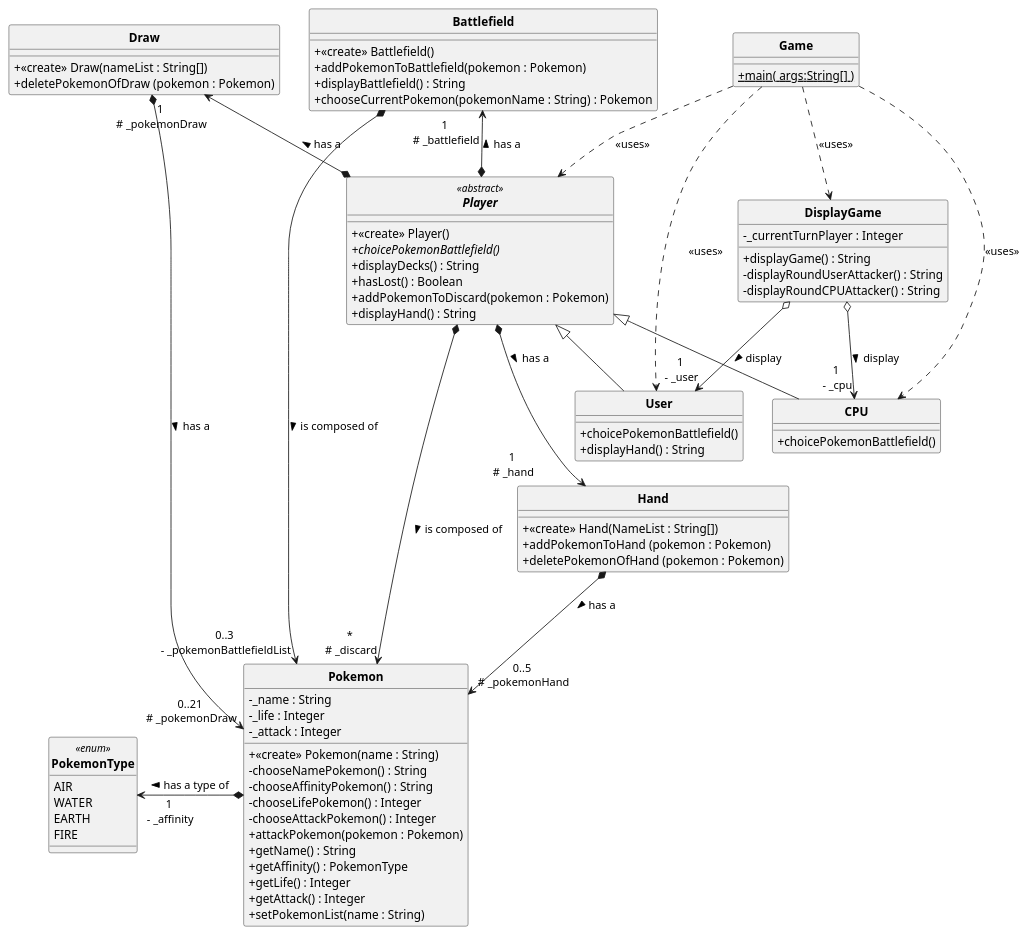
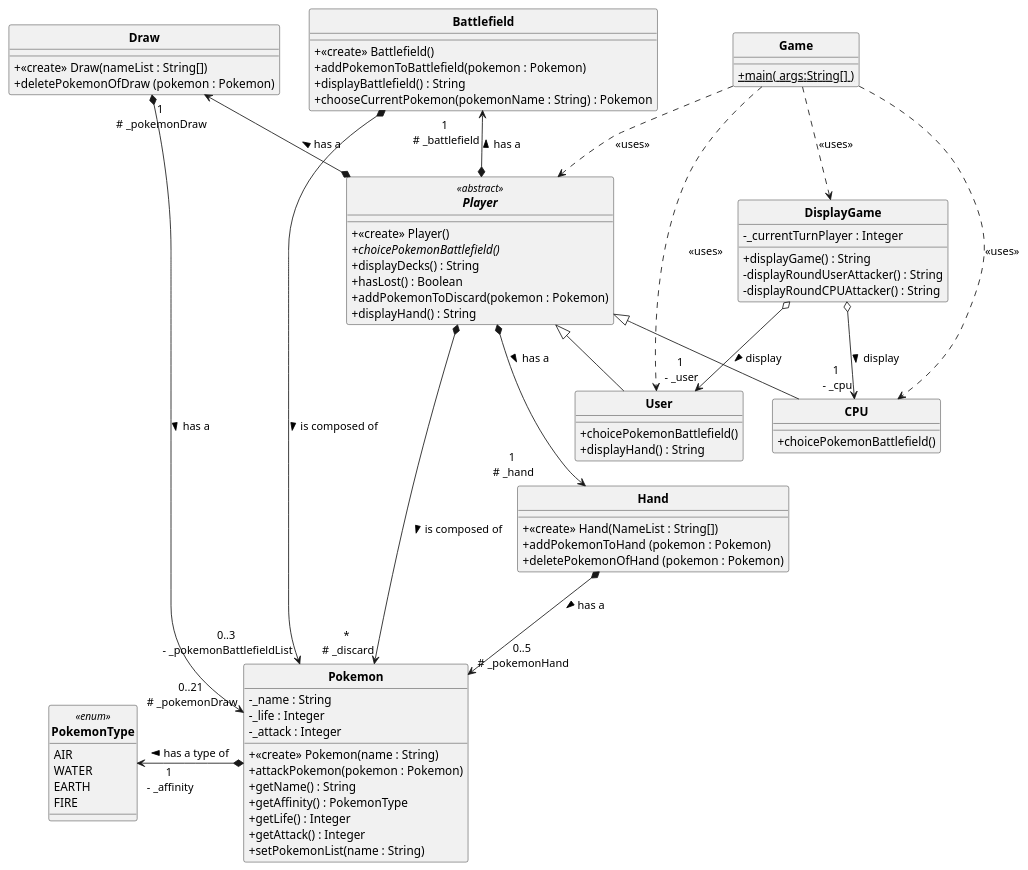
Before and after one commit to vfletschinger/Pokemon_Project: the diagram in uml/semaine1.puml, drawn with PlantUML. The commit also changed 4 other files, not shown here.

```diff
--- a/uml/semaine1.puml
+++ b/uml/semaine1.puml
@@ -1,101 +1,97 @@
  @startuml
 'https://plantuml.com/sequence-diagram
 
 
 'configuration du style
 skinparam style strictuml
 skinparam classAttributeIconSize 0
 skinparam classFontStyle Bold
 
 
-class Game {
+class Game  {
 	+ {static} main( args:String[] )
 }
 
 class Pokemon {
     - _name : String
     - _life : Integer
     - _attack : Integer
     + <<create>> Pokemon(name : String)
-    - chooseNamePokemon() : String
-    - chooseAffinityPokemon() : String
-    - chooseLifePokemon() : Integer
-    - chooseAttackPokemon() : Integer
     + attackPokemon(pokemon : Pokemon)
     + getName() : String
     + getAffinity() : PokemonType
     + getLife() : Integer
     + getAttack() : Integer
     + setPokemonList(name : String)
 }
 
 enum PokemonType <<enum>>{
     AIR
     WATER
     EARTH
     FIRE
 }
 'On pourrait contenir cette énumération comme des "sous classes" de Pokemon'
 
 
 abstract class Player <<abstract>> {
     + <<create>> Player()
     + {abstract} choicePokemonBattlefield()
     + displayDecks() : String
     + hasLost() : Boolean
     + addPokemonToDiscard(pokemon : Pokemon)
     + displayHand() : String
 }
 
 class User extends Player {
     + choicePokemonBattlefield()
     + displayHand() : String
 }
 
 class CPU extends Player {
     + choicePokemonBattlefield()
 }
 
 class Battlefield {
     + <<create>> Battlefield()
     + addPokemonToBattlefield(pokemon : Pokemon)
     + displayBattlefield() : String
     + chooseCurrentPokemon(pokemonName : String) : Pokemon
 }
 
 class DisplayGame {
     - _currentTurnPlayer : Integer
     + displayGame() : String
     - displayRoundUserAttacker() : String
     - displayRoundCPUAttacker() : String
 }
 
 class Draw{
     +<<create>> Draw(nameList : String[])
     + deletePokemonOfDraw (pokemon : Pokemon)
 }
 
 class Hand{
     +<<create>> Hand(NameList : String[])
     + addPokemonToHand (pokemon : Pokemon)
     + deletePokemonOfHand (pokemon : Pokemon)
 }
 
 Player *-u-> "1\n # _battlefield" Battlefield : > has a
 Player *-u-> "1\n # _pokemonDraw" Draw : > has a
 Player *-d---> "*\n # _discard" Pokemon : > is composed of
 Player *--> "1\n # _hand" Hand : > has a
 Draw *--> "0..21\n # _pokemonDraw" Pokemon : > has a
 Hand *--> "0..5\n # _pokemonHand" Pokemon : > has a
 Battlefield *--> "0..3\n - _pokemonBattlefieldList" Pokemon : > is composed of
 DisplayGame o--> "1\n - _user" User : > display
 DisplayGame o--> "1\n - _cpu" CPU : > display
 Pokemon *-l-> "1\n - _affinity" PokemonType : > has a type of
 
 Game .d.> Player : <<uses>>
 Game .d.> DisplayGame : <<uses>>
 Game .d.> CPU : <<uses>>
 Game .d.> User : <<uses>>
 
 
 @enduml
```
